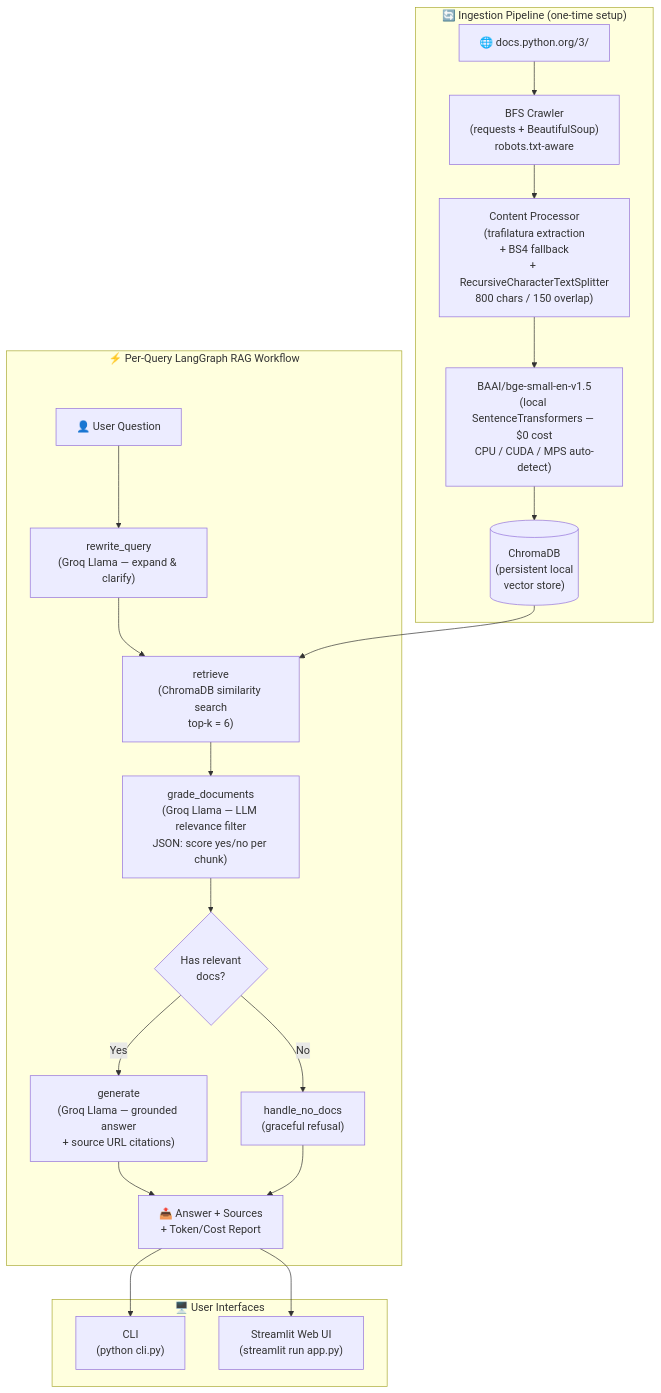
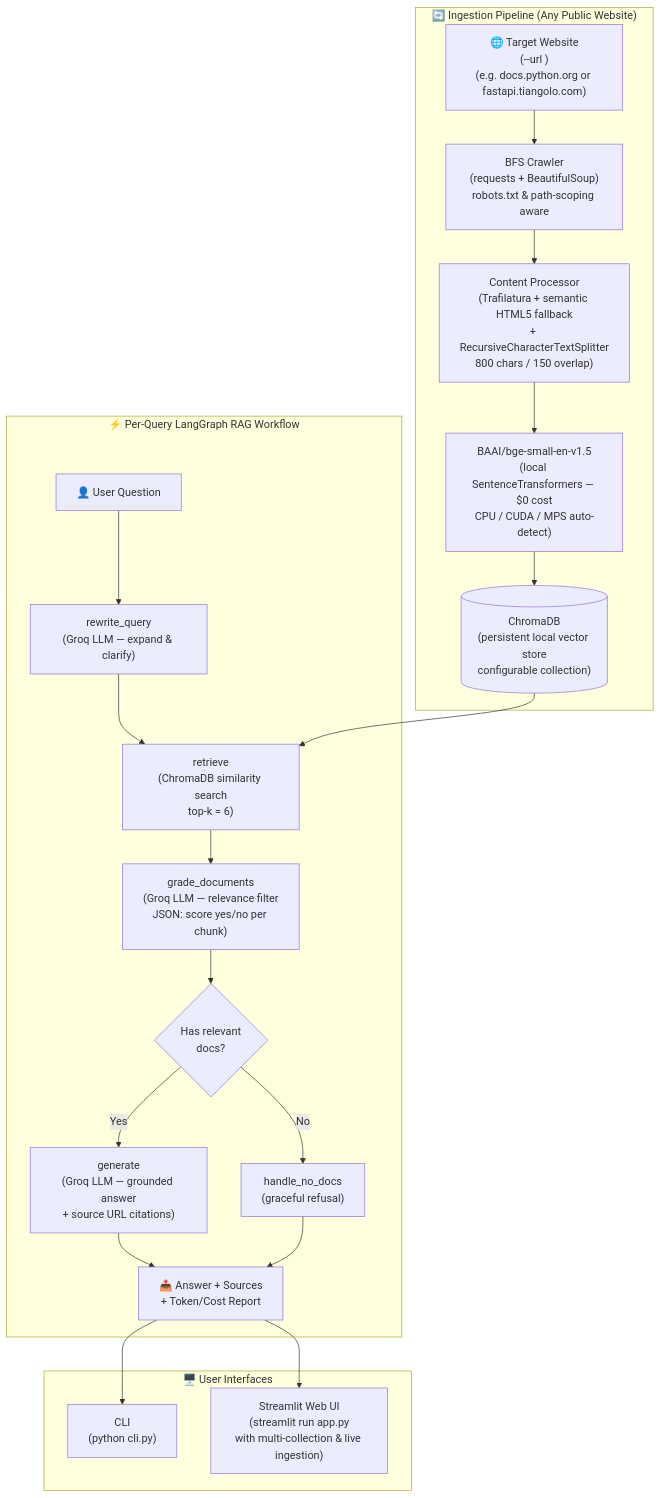
One commit to AshishS1709/RAG-CRAWLER changed the diagram in README.md. Above: the diagram before and after it, drawn with Mermaid. The commit also changed other lines of this file and 2 other files, not shown here.

Commit message:
feat: rebrand Python docs RAG to website RAG agent and add ChromaDB vector store implementation

````diff
--- a/README.md
+++ b/README.md
@@ -11,27 +41,27 @@
 ```mermaid
 flowchart TD
-    subgraph INGESTION ["🔄 Ingestion Pipeline (one-time setup)"]
-        A["🌐 docs.python.org/3/"] --> B["BFS Crawler\n(requests + BeautifulSoup)\nrobots.txt-aware"]
-        B --> C["Content Processor\n(trafilatura extraction\n+ BS4 fallback\n+ RecursiveCharacterTextSplitter\n800 chars / 150 overlap)"]
+    subgraph INGESTION ["🔄 Ingestion Pipeline (Any Public Website)"]
+        A["🌐 Target Website\n(--url <any-public-url>)\n(e.g. docs.python.org or fastapi.tiangolo.com)"] --> B["BFS Crawler\n(requests + BeautifulSoup)\nrobots.txt & path-scoping aware"]
+        B --> C["Content Processor\n(Trafilatura + semantic HTML5 fallback\n+ RecursiveCharacterTextSplitter\n800 chars / 150 overlap)"]
         C --> D["BAAI/bge-small-en-v1.5\n(local SentenceTransformers — $0 cost\nCPU / CUDA / MPS auto-detect)"]
-        D --> E[("ChromaDB\n(persistent local\nvector store)")]
+        D --> E[("ChromaDB\n(persistent local vector store\nconfigurable collection)")]
     end
 
     subgraph QUERY ["⚡ Per-Query LangGraph RAG Workflow"]
-        F["👤 User Question"] --> G["rewrite_query\n(Groq Llama — expand & clarify)"]
+        F["👤 User Question"] --> G["rewrite_query\n(Groq LLM — expand & clarify)"]
         G --> H["retrieve\n(ChromaDB similarity search\ntop-k = 6)"]
-        H --> I["grade_documents\n(Groq Llama — LLM relevance filter\nJSON: score yes/no per chunk)"]
+        H --> I["grade_documents\n(Groq LLM — relevance filter\nJSON: score yes/no per chunk)"]
         I --> J{"Has relevant\ndocs?"}
-        J -- Yes --> K["generate\n(Groq Llama — grounded answer\n+ source URL citations)"]
+        J -- Yes --> K["generate\n(Groq LLM — grounded answer\n+ source URL citations)"]
         J -- No --> L["handle_no_docs\n(graceful refusal)"]
         K --> M["📤 Answer + Sources\n+ Token/Cost Report"]
         L --> M
     end
 
     subgraph INTERFACES ["🖥️ User Interfaces"]
         M --> N["CLI\n(python cli.py)"]
-        M --> O["Streamlit Web UI\n(streamlit run app.py)"]
+        M --> O["Streamlit Web UI\n(streamlit run app.py\nwith multi-collection & live ingestion)"]
     end
 
     E --> H
 ```
````
